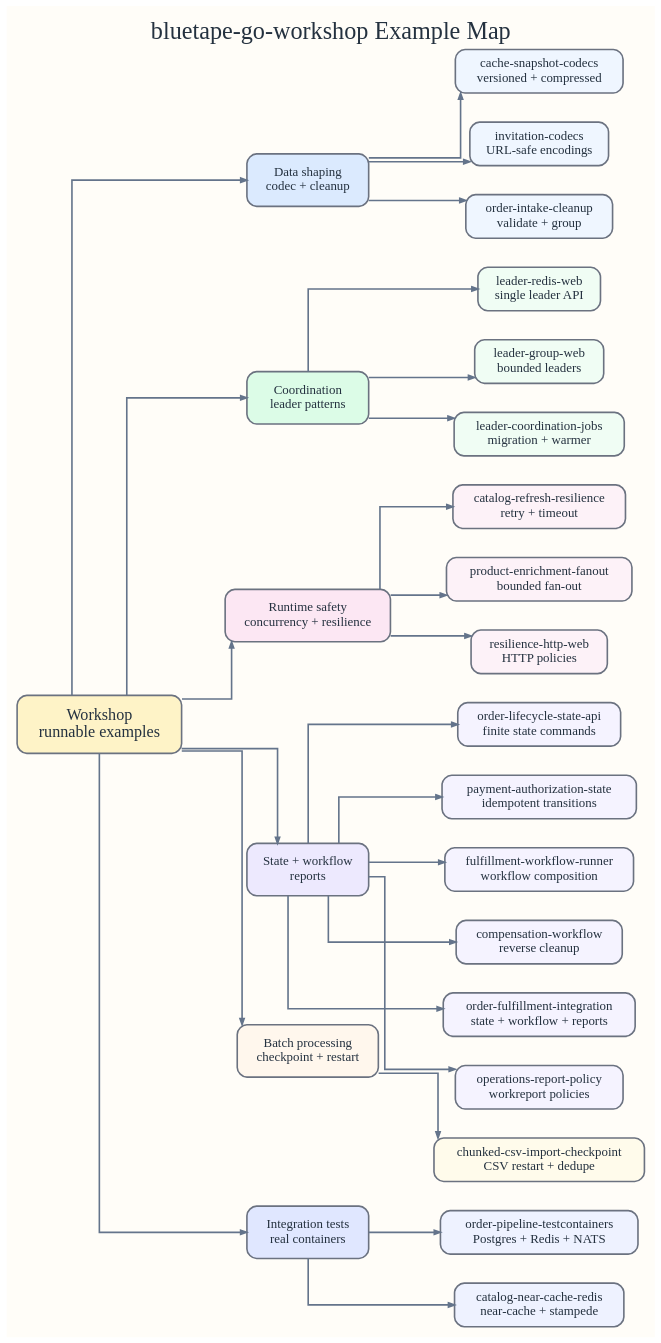
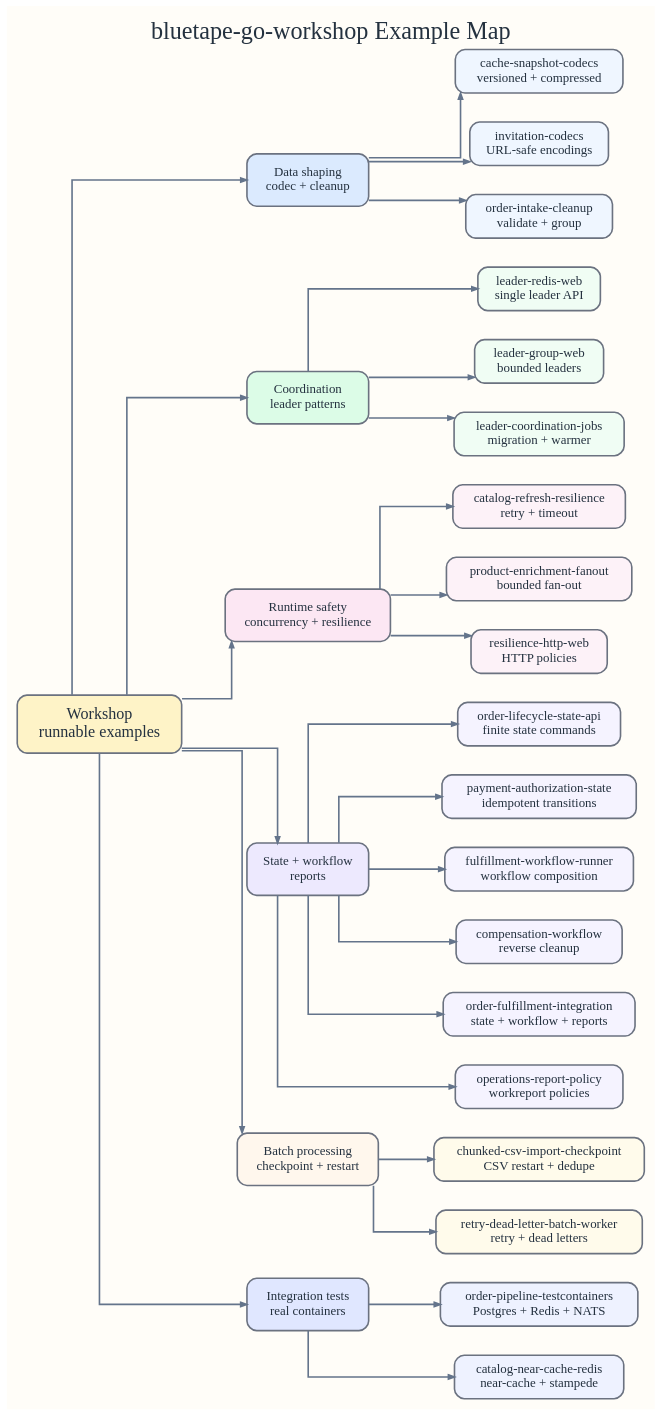
Before and after one commit to bluetape4k/bluetape-go-workshop: the diagram in docs/images/readme-diagrams/workshop-example-map.dot, drawn with Graphviz. The commit also changed 33 other files, not shown here.

First line of the commit message:
Teach retry dead-letter batch handling with a focused worker example

```diff
--- a/docs/images/readme-diagrams/workshop-example-map.dot
+++ b/docs/images/readme-diagrams/workshop-example-map.dot
@@ -1,87 +1,89 @@
 digraph G {
   graph [
     rankdir=LR,
     bgcolor="#fffdf8",
     margin=0.18,
     pad=0.18,
     nodesep=0.5,
     ranksep=0.75,
     splines=ortho,
     fontnames=svg,
     fontname="Architects Daughter",
     label="bluetape-go-workshop Example Map",
     labelloc=t,
     fontsize=30,
     fontcolor="#24313f"
   ];
   node [
     shape=rect,
     style="rounded,filled",
     penwidth=2,
     fontname="Comic Mono",
     fontsize=16,
     color="#6b7280",
     fontcolor="#24313f",
     margin="0.16,0.12"
   ];
   edge [
     color="#64748b",
     penwidth=2,
     arrowsize=0.75,
     fontname="Comic Mono",
     fontsize=12,
     fontcolor="#475569"
   ];
 
   workshop [label="Workshop\nrunnable examples", fillcolor="#fef3c7", fontname="Architects Daughter", fontsize=20, width=2.4, height=1.0];
   data [label="Data shaping\ncodec + cleanup", fillcolor="#dbeafe", width=2.1, height=0.9];
   leadership [label="Coordination\nleader patterns", fillcolor="#dcfce7", width=2.1, height=0.9];
   runtime [label="Runtime safety\nconcurrency + resilience", fillcolor="#fce7f3", width=2.35, height=0.9];
   stateflow [label="State + workflow\nreports", fillcolor="#ede9fe", width=2.1, height=0.9];
   batch [label="Batch processing\ncheckpoint + restart", fillcolor="#fff7ed", width=2.3, height=0.9];
   integration [label="Integration tests\nreal containers", fillcolor="#e0e7ff", width=2.1, height=0.9];
 
   snapshot [label="cache-snapshot-codecs\nversioned + compressed", fillcolor="#eff6ff"];
   invites [label="invitation-codecs\nURL-safe encodings", fillcolor="#eff6ff"];
   cleanup [label="order-intake-cleanup\nvalidate + group", fillcolor="#eff6ff"];
   singleLeader [label="leader-redis-web\nsingle leader API", fillcolor="#f0fdf4"];
   groupLeader [label="leader-group-web\nbounded leaders", fillcolor="#f0fdf4"];
   jobs [label="leader-coordination-jobs\nmigration + warmer", fillcolor="#f0fdf4"];
   refresh [label="catalog-refresh-resilience\nretry + timeout", fillcolor="#fdf2f8"];
   enrich [label="product-enrichment-fanout\nbounded fan-out", fillcolor="#fdf2f8"];
   http [label="resilience-http-web\nHTTP policies", fillcolor="#fdf2f8"];
   orderState [label="order-lifecycle-state-api\nfinite state commands", fillcolor="#f5f3ff"];
   paymentState [label="payment-authorization-state\nidempotent transitions", fillcolor="#f5f3ff"];
   fulfillment [label="fulfillment-workflow-runner\nworkflow composition", fillcolor="#f5f3ff"];
   compensation [label="compensation-workflow\nreverse cleanup", fillcolor="#f5f3ff"];
   fulfillmentIntegration [label="order-fulfillment-integration\nstate + workflow + reports", fillcolor="#f5f3ff"];
   reports [label="operations-report-policy\nworkreport policies", fillcolor="#f5f3ff"];
   csvCheckpoint [label="chunked-csv-import-checkpoint\nCSV restart + dedupe", fillcolor="#fffbeb"];
+  retryDlt [label="retry-dead-letter-batch-worker\nretry + dead letters", fillcolor="#fffbeb"];
   pipeline [label="order-pipeline-testcontainers\nPostgres + Redis + NATS", fillcolor="#eef2ff"];
   catalogCache [label="catalog-near-cache-redis\nnear-cache + stampede", fillcolor="#eef2ff"];
 
   workshop -> data;
   workshop -> leadership;
   workshop -> runtime;
   workshop -> stateflow;
   workshop -> batch;
   workshop -> integration;
   data -> snapshot;
   data -> invites;
   data -> cleanup;
   leadership -> singleLeader;
   leadership -> groupLeader;
   leadership -> jobs;
   runtime -> refresh;
   runtime -> enrich;
   runtime -> http;
   stateflow -> orderState;
   stateflow -> paymentState;
   stateflow -> fulfillment;
   stateflow -> compensation;
   stateflow -> fulfillmentIntegration;
   stateflow -> reports;
   batch -> csvCheckpoint;
+  batch -> retryDlt;
   integration -> pipeline;
   integration -> catalogCache;
 }
```
